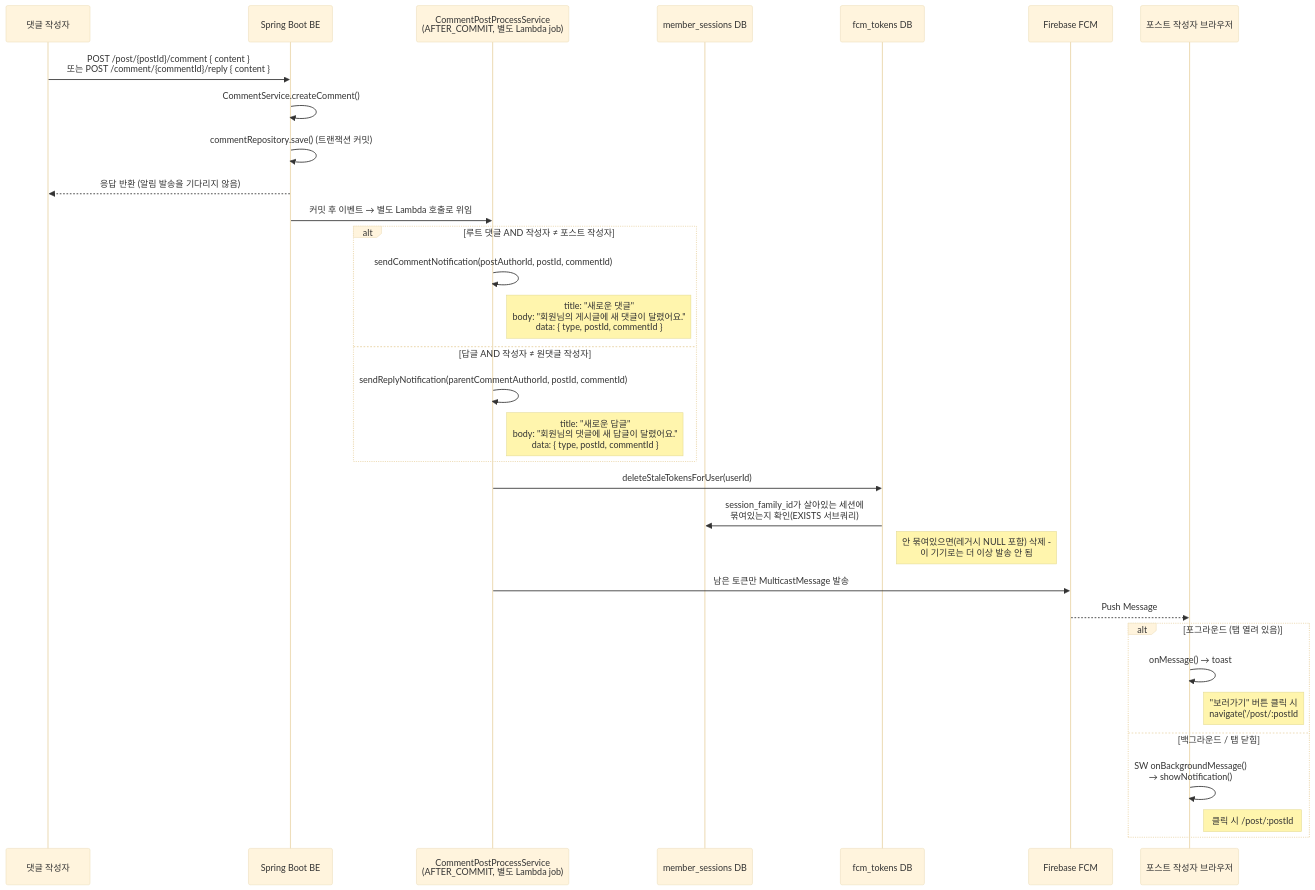
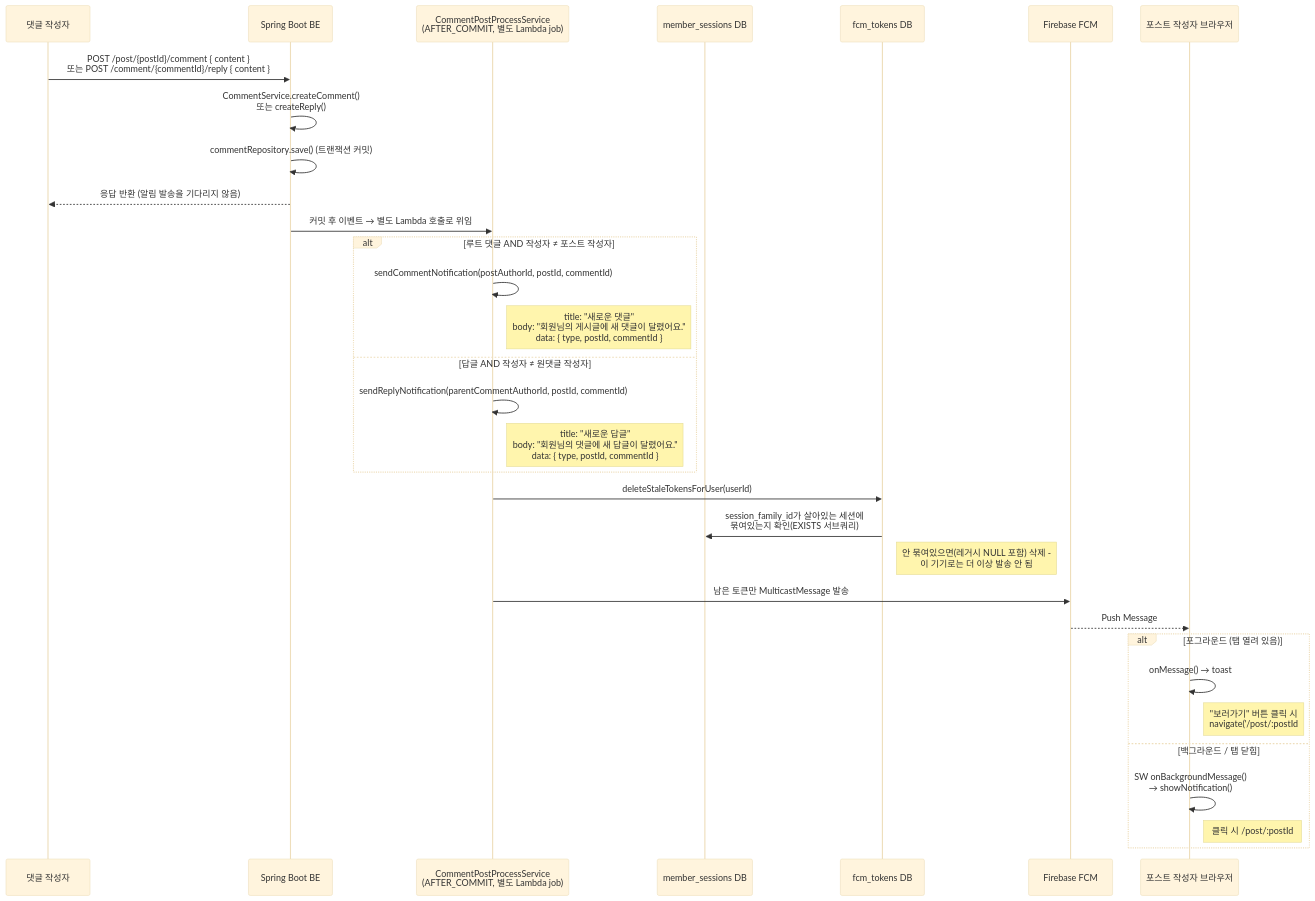
One commit to BAECHAN/link-sphere_FE_NEW changed the third of 3 diagrams in docs/FCM-PUSH-NOTIFICATION.md. Above: the diagram before and after it, drawn with Mermaid (base theme). The commit also changed other lines of this file and 52 other files, not shown here.

````diff
--- a/docs/FCM-PUSH-NOTIFICATION.md
+++ b/docs/FCM-PUSH-NOTIFICATION.md
@@ -169,39 +170,39 @@
 ```mermaid
 sequenceDiagram
   participant Commenter as 댓글 작성자
   participant BE as Spring Boot BE
   participant Job as CommentPostProcessService<br/>(AFTER_COMMIT, 별도 Lambda job)
   participant SessDB as member_sessions DB
   participant TokenDB as fcm_tokens DB
   participant FCM as Firebase FCM
   participant PostOwner as 포스트 작성자 브라우저
 
   Commenter->>BE: POST /post/{postId}/comment { content }<br/>또는 POST /comment/{commentId}/reply { content }
-  BE->>BE: CommentService.createComment()
+  BE->>BE: CommentService.createComment()<br/>또는 createReply()
   BE->>BE: commentRepository.save() (트랜잭션 커밋)
   BE-->>Commenter: 응답 반환 (알림 발송을 기다리지 않음)
   BE->>Job: 커밋 후 이벤트 → 별도 Lambda 호출로 위임
 
   alt 루트 댓글 AND 작성자 ≠ 포스트 작성자
     Job->>Job: sendCommentNotification(postAuthorId, postId, commentId)
     Note right of Job: title: "새로운 댓글"<br/>body: "회원님의 게시글에 새 댓글이 달렸어요."<br/>data: { type, postId, commentId }
   else 답글 AND 작성자 ≠ 원댓글 작성자
     Job->>Job: sendReplyNotification(parentCommentAuthorId, postId, commentId)
     Note right of Job: title: "새로운 답글"<br/>body: "회원님의 댓글에 새 답글이 달렸어요."<br/>data: { type, postId, commentId }
   end
 
   Job->>TokenDB: deleteStaleTokensForUser(userId)
   TokenDB->>SessDB: session_family_id가 살아있는 세션에<br/>묶여있는지 확인(EXISTS 서브쿼리)
   Note right of TokenDB: 안 묶여있으면(레거시 NULL 포함) 삭제 -<br/>이 기기로는 더 이상 발송 안 됨
   Job->>FCM: 남은 토큰만 MulticastMessage 발송
 
   FCM-->>PostOwner: Push Message
 
   alt 포그라운드 (탭 열려 있음)
     PostOwner->>PostOwner: onMessage() → toast
     Note right of PostOwner: "보러가기" 버튼 클릭 시<br/>navigate('/post/:postId#comment-:commentId')
   else 백그라운드 / 탭 닫힘
     PostOwner->>PostOwner: SW onBackgroundMessage()<br/>→ showNotification()
     Note right of PostOwner: 클릭 시 /post/:postId#comment-:commentId 이동<br/>이미 탭 열려 있으면 focus,<br/>없으면 openWindow
   end
 ```
````
